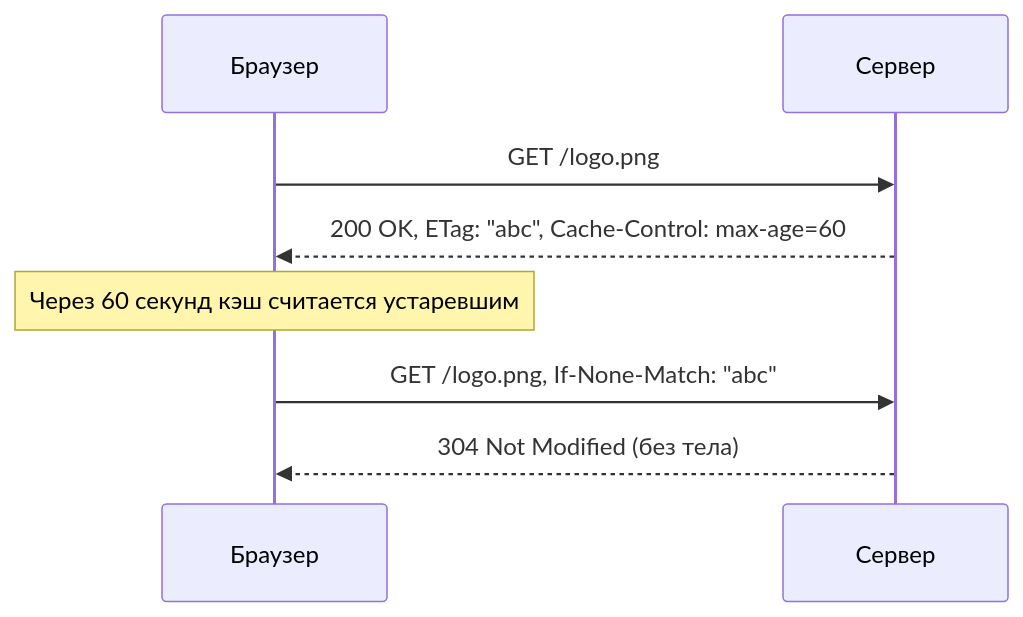
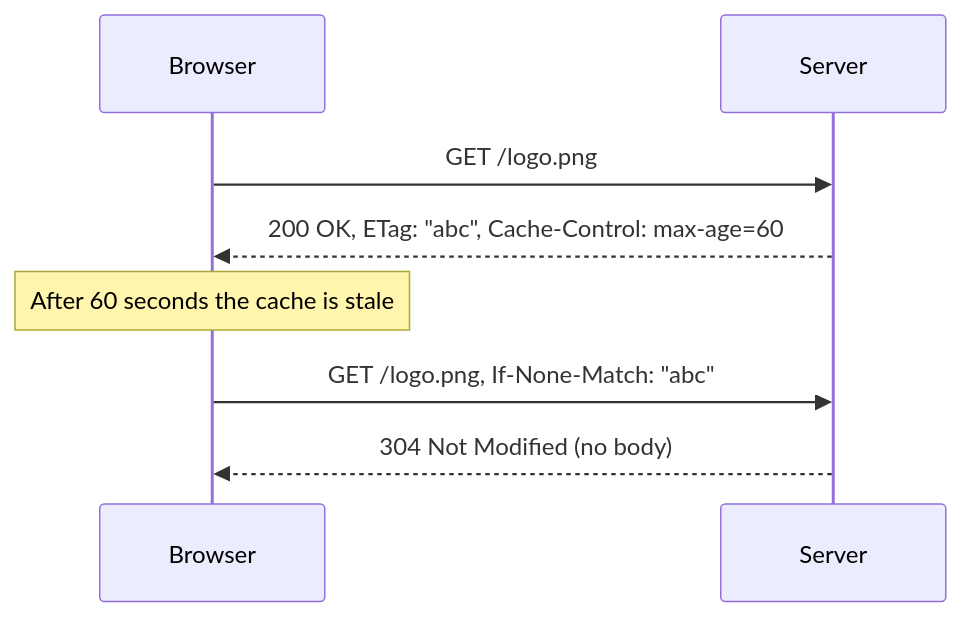
Before and after one commit to younggsad/obsidian-store: the third of 3 diagrams in Innowise/Вопросы к собесу/Backend/HTTP и Сети.md, drawn with Mermaid. The commit also changed other lines of this file and 1 other file, not shown here.

````diff
--- a/Innowise/Вопросы к собесу/Backend/HTTP и Сети.md
+++ b/Innowise/Вопросы к собесу/Backend/HTTP и Сети.md
@@ -569,10 +771,10 @@
 ```mermaid
 sequenceDiagram
-    participant B as Браузер
-    participant S as Сервер
+    participant B as Browser
+    participant S as Server
     B->>S: GET /logo.png
     S-->>B: 200 OK, ETag: "abc", Cache-Control: max-age=60
-    Note over B: Через 60 секунд кэш считается устаревшим
+    Note over B: After 60 seconds the cache is stale
     B->>S: GET /logo.png, If-None-Match: "abc"
-    S-->>B: 304 Not Modified (без тела)
+    S-->>B: 304 Not Modified (no body)
 ```
````
